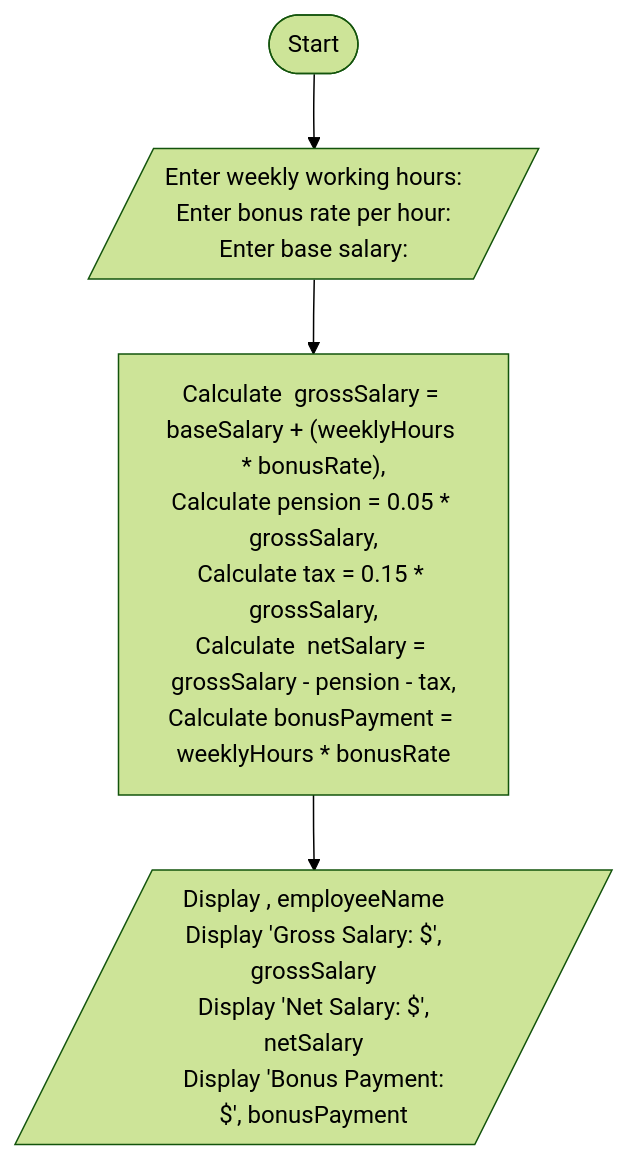
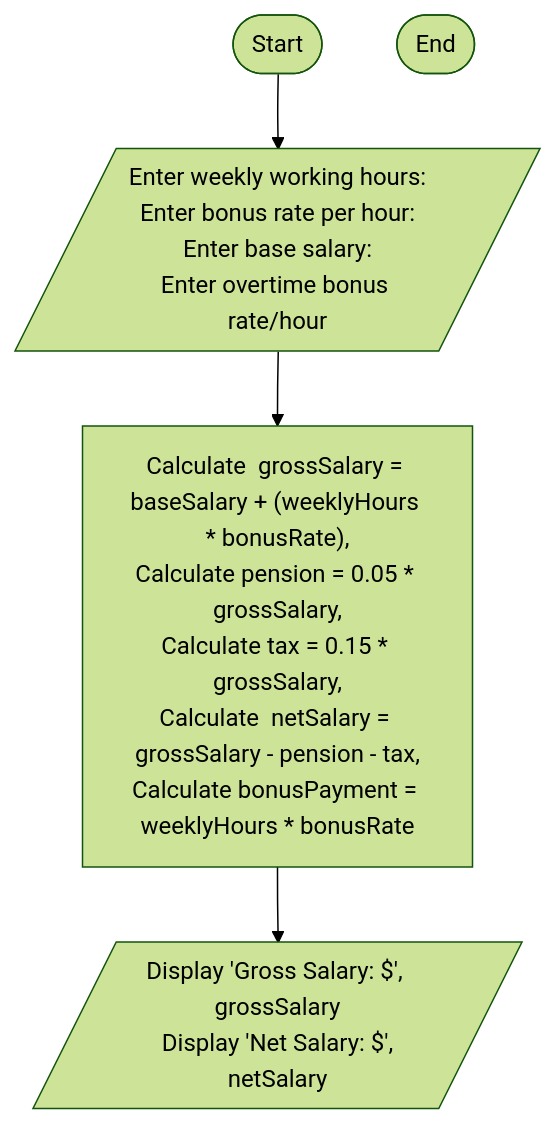
The diagram in ETS1071_15_NATNAEL_ASFAW/Activity 3.1/Salary_calculator/salary_calculator.md (SWEG-2015EC-Batch/Felix), drawn with Mermaid (forest theme) before and after one commit.

````diff
--- a/ETS1071_15_NATNAEL_ASFAW/Activity 3.1/Salary_calculator/salary_calculator.md
+++ b/ETS1071_15_NATNAEL_ASFAW/Activity 3.1/Salary_calculator/salary_calculator.md
@@ -39,17 +39,18 @@
 ```mermaid
 graph TD;
 
 A([Start]) --> B[/"
 Enter weekly working hours:
 Enter bonus rate per hour:
-Enter base salary:"/];
+Enter base salary:
+Enter overtime bonus rate/hour"/];
 B--> C["Calculate  grossSalary = baseSalary + (weeklyHours * bonusRate),
 Calculate pension = 0.05 * grossSalary,
 Calculate tax = 0.15 * grossSalary,
 Calculate  netSalary = grossSalary - pension - tax,
 Calculate bonusPayment = weeklyHours * bonusRate"];
-C--> D[/"Display , employeeName
+C--> D[/"
  Display 'Gross Salary: $', grossSalary
- Display 'Net Salary: $', netSalary
- Display 'Bonus Payment: $', bonusPayment"/]
+ Display 'Net Salary: $', netSalary"/];
+E([End]);
 ```
````
